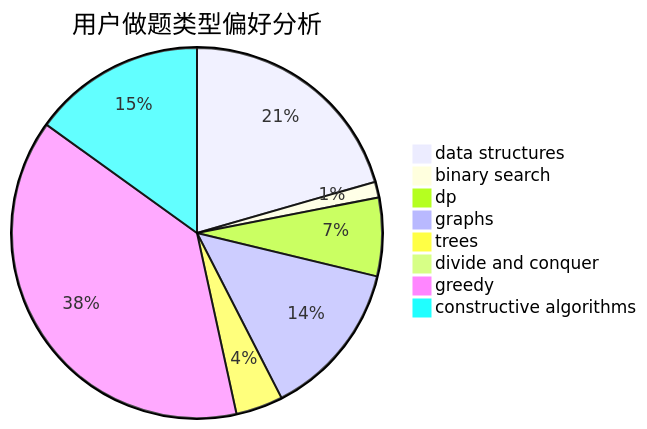
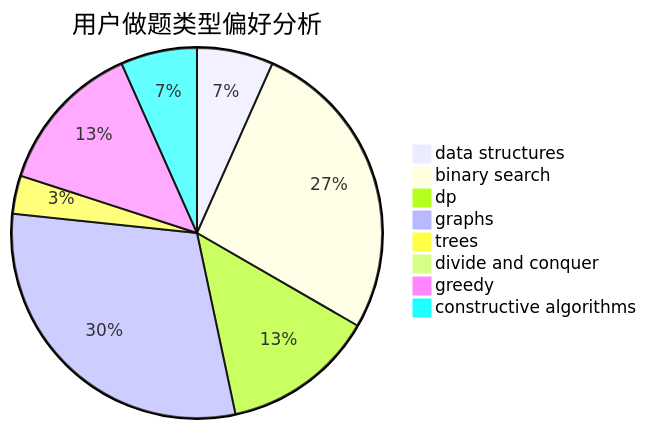
The second of 3 diagrams in docs/user/u1739.md (sherpahu/cfrs.github.io), drawn with Mermaid before and after one commit. The commit also changed other lines of this file and 2770 other files, not shown here.

````diff
--- a/docs/user/u1739.md
+++ b/docs/user/u1739.md
@@ -23,11 +23,11 @@
 ```mermaid
 pie title 用户做题类型偏好分析
-    "data structures" :  15
-    "binary search" :  1
-    "dp" :  5
-    "graphs" :  10
-    "trees" :  3
+    "data structures" :  2
+    "binary search" :  8
+    "dp" :  4
+    "graphs" :  9
+    "trees" :  1
     "divide and conquer" :  0
-    "greedy" :  28
-    "constructive algorithms" :  11
+    "greedy" :  4
+    "constructive algorithms" :  2
 ```
````
